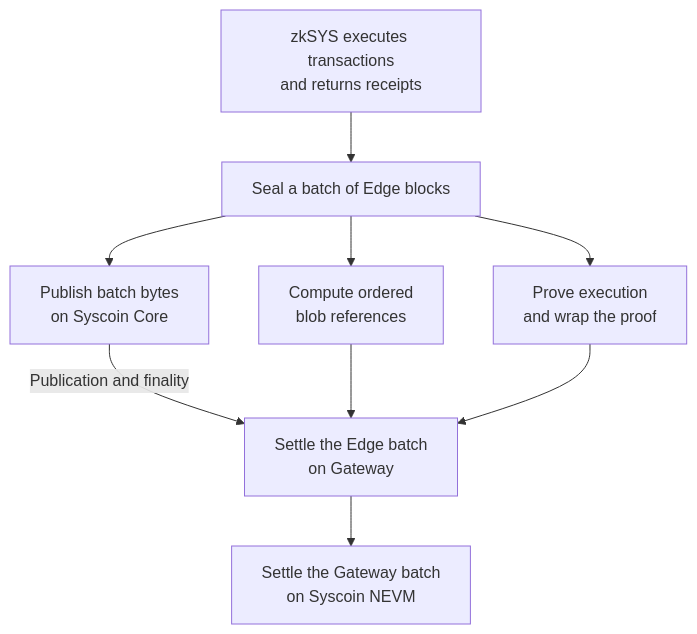
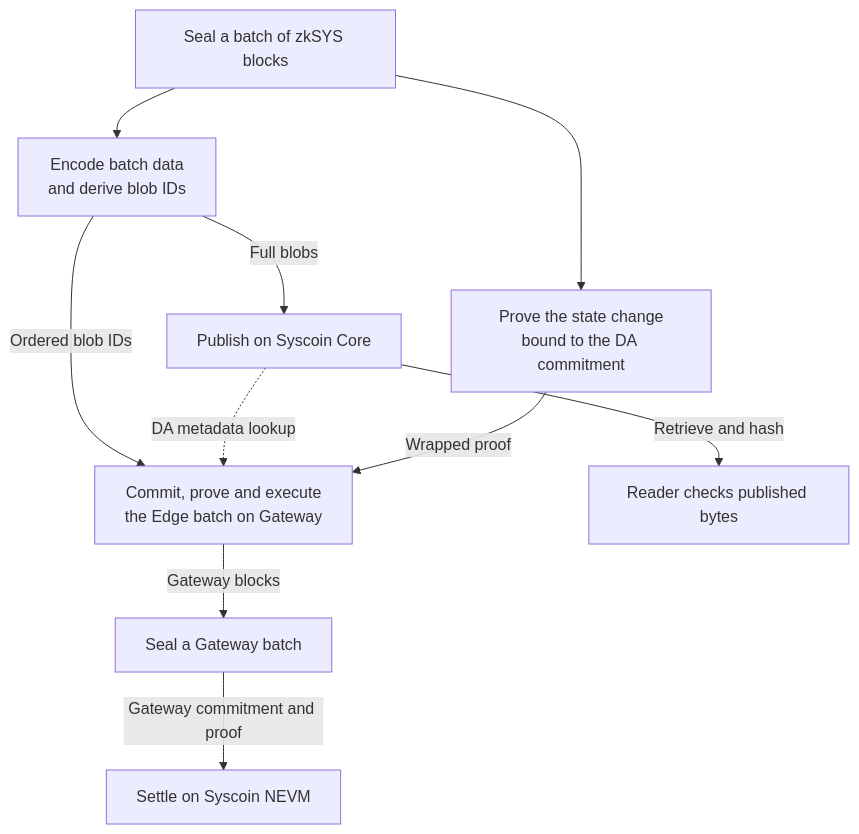
Before and after one commit to syscoin/sys-docs: the first of 2 diagrams in docs/architecture/zksys.mdx, drawn with Mermaid. The commit also changed other lines of this file and 4 other files, not shown here.

````diff
--- a/docs/architecture/zksys.mdx
+++ b/docs/architecture/zksys.mdx
@@ -9,13 +33,14 @@
 ```mermaid
 flowchart TB
-    accTitle: Where a zkSYS batch settles
-    accDescr: An Edgechain produces blocks and receipts. Batch bytes go to Core for publication and replay. Compact references and a wrapped execution proof go to Gateway. Gateway settles its own batches on NEVM.
-    Edge["zkSYS executes transactions<br/>and returns receipts"] --> Batch["Seal a batch of Edge blocks"]
-    Batch --> Bytes["Publish batch bytes<br/>on Syscoin Core"]
-    Batch --> Refs["Compute ordered<br/>blob references"]
-    Batch --> Proof["Prove execution<br/>and wrap the proof"]
-    Bytes -->|Publication and finality| GW["Settle the Edge batch<br/>on Gateway"]
-    Refs --> GW
-    Proof --> GW
-    GW --> NEVM["Settle the Gateway batch<br/>on Syscoin NEVM"]
+    accTitle: Follow the bytes, the proof and the two settlements
+    accDescr: The batcher publishes full blobs to Core and puts their ordered IDs in the Edge commit on Gateway. Gateway checks a DA metadata lookup and the wrapped proof. The Gateway block containing Edge batch execution belongs to a Gateway batch that settles on NEVM.
+    Batch["Seal a batch of zkSYS blocks"] --> Encode["Encode batch data<br/>and derive blob IDs"]
+    Encode -->|Full blobs| Core["Publish on Syscoin Core"]
+    Encode -->|Ordered blob IDs| Gateway["Commit, prove and execute<br/>the Edge batch on Gateway"]
+    Core -.->|DA metadata lookup| Gateway
+    Batch --> Prove["Prove the state change<br/>bound to the DA commitment"]
+    Prove -->|Wrapped proof| Gateway
+    Core -->|Retrieve and hash| Reader["Reader checks published bytes"]
+    Gateway -->|Gateway blocks| GBatch["Seal a Gateway batch"]
+    GBatch -->|Gateway commitment and proof| NEVM["Settle on Syscoin NEVM"]
 ```
````
